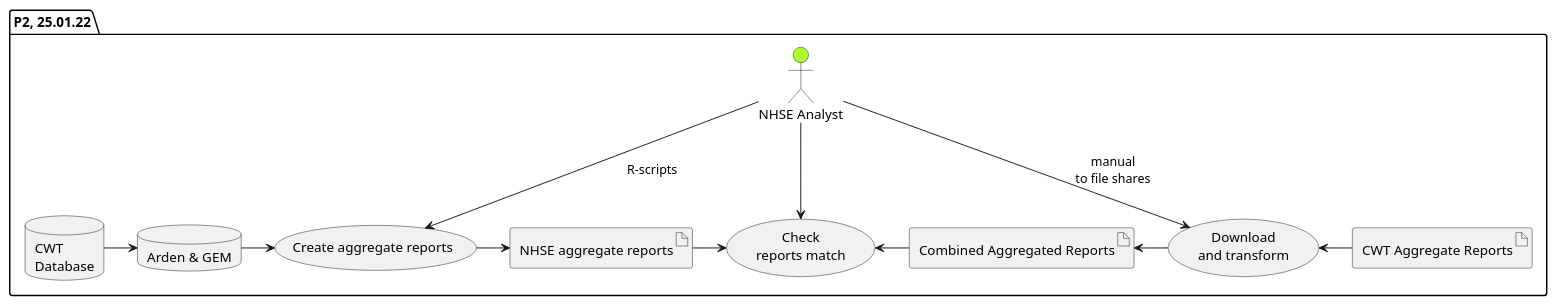
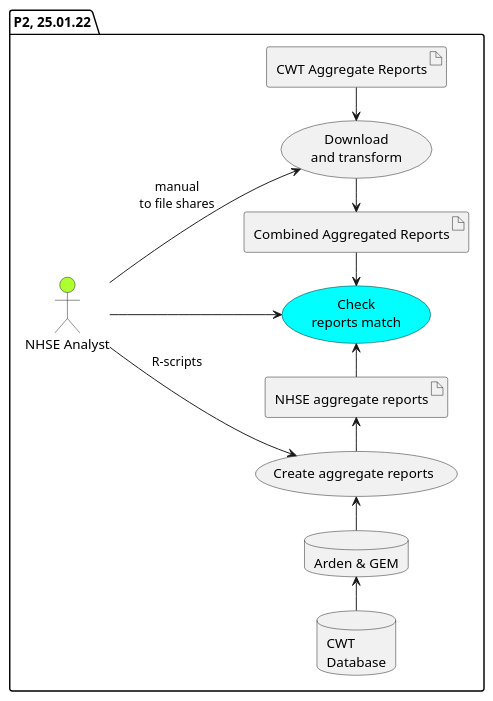
Before and after one commit to nhsx/dt-public: the diagram in CWT/Process/use-case-nhse-analyst-1.puml, drawn with PlantUML. The commit also changed 6 other files, not shown here.

Commit message:
Update file(s) "/." from "nhsx/dt-architecture"

```diff
--- a/CWT/Process/use-case-nhse-analyst-1.puml
+++ b/CWT/Process/use-case-nhse-analyst-1.puml
@@ -1,27 +1,28 @@
 @startuml use-case-nhse-analyst-1
+left to right direction
 package "P2, 25.01.22" {
 
 database "CWT\nDatabase" as db
 database "Arden & GEM" as agm
 usecase "Download\nand transform" as md2
 artifact "Combined Aggregated Reports" as cdf2
 usecase "Create aggregate reports" as car
 artifact "NHSE aggregate reports" as rpt2
-usecase "Check\nreports match" as chk
+usecase "Check\nreports match" as chk #Cyan
 artifact "CWT Aggregate Reports" as rpt1
 actor "NHSE Analyst" as na #GreenYellow
 
 db -> agm
 agm -> car
 car -> rpt2
 rpt2 -> chk
 chk <- cdf2
 cdf2 <- md2
 md2 <- rpt1
 
 na --> md2 : manual\nto file shares
 na --> car : R-scripts
 na --> chk
 
 }
 @enduml
```
